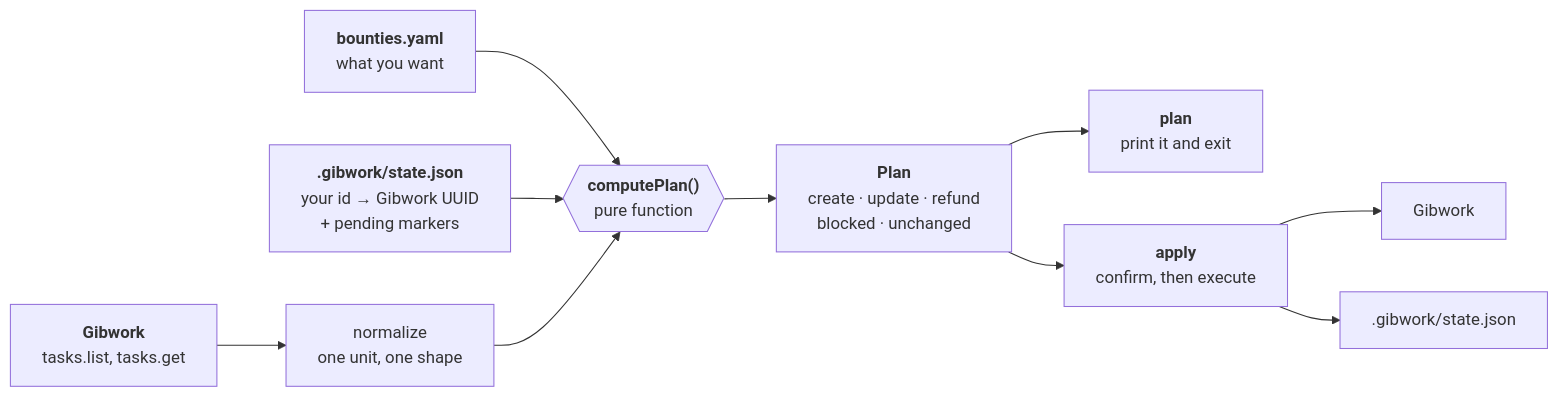
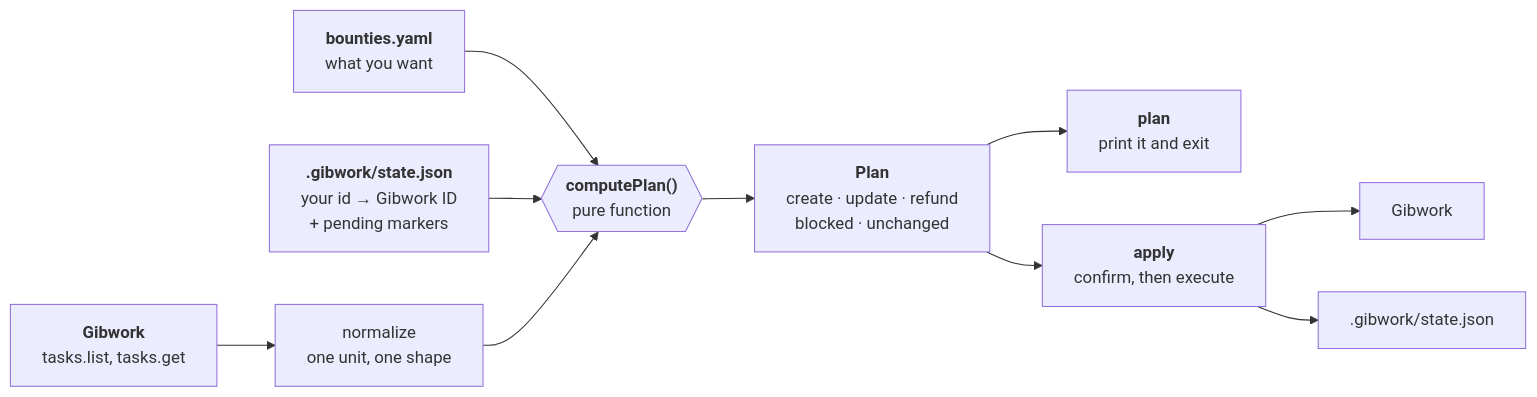
One commit to Shiva953/gibbon changed the first of 2 diagrams in README.md. Above: the diagram before and after it, drawn with Mermaid. The commit also changed other lines of this file and 15 other files, not shown here.

````diff
--- a/README.md
+++ b/README.md
@@ -544,11 +532,11 @@
 ```mermaid
 flowchart LR
   Y["<b>bounties.yaml</b><br/>what you want"] --> P
-  S["<b>.gibwork/state.json</b><br/>your id → Gibwork UUID<br/>+ pending markers"] --> P
+  S["<b>.gibwork/state.json</b><br/>your id → Gibwork ID<br/>+ pending markers"] --> P
   G["<b>Gibwork</b><br/>tasks.list, tasks.get"] --> N["normalize<br/>one unit, one shape"] --> P
   P{{"<b>computePlan()</b><br/>pure function"}} --> PL["<b>Plan</b><br/>create · update · refund<br/>blocked · unchanged"]
   PL --> R["<b>plan</b><br/>print it and exit"]
   PL --> X["<b>apply</b><br/>confirm, then execute"]
   X --> W1["Gibwork"]
   X --> W2[".gibwork/state.json"]
 ```
````
